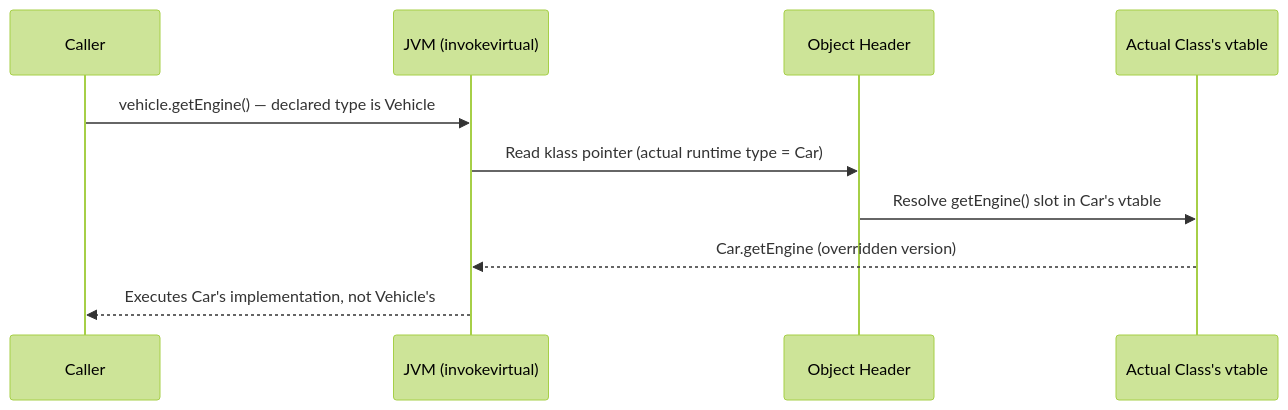
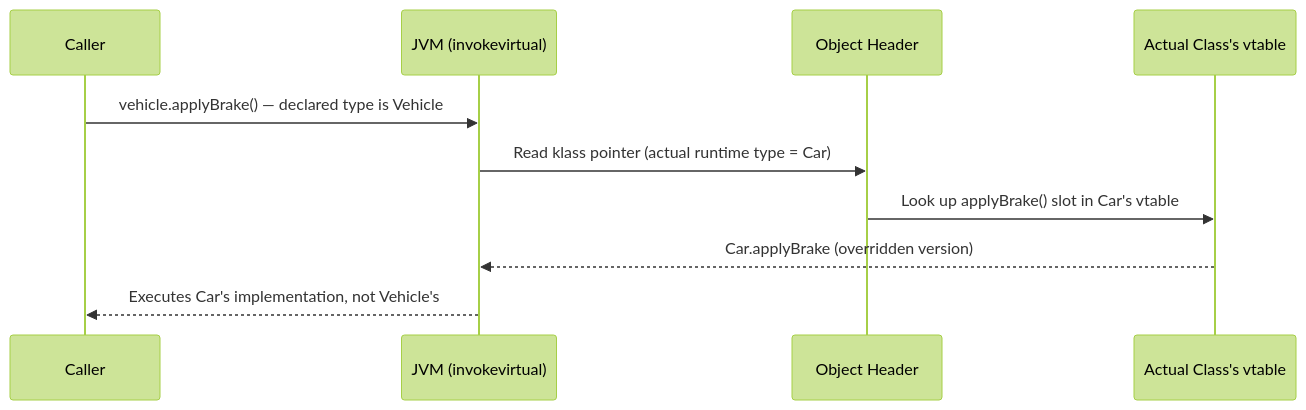
Before and after one commit to prabhu-raghunathan/java-learn: the second of 2 diagrams in docs/01-core-java/oops-concepts.md, drawn with Mermaid (forest theme). The commit also changed other lines of this file and 28 other files, not shown here.

````diff
--- a/docs/01-core-java/oops-concepts.md
+++ b/docs/01-core-java/oops-concepts.md
@@ -47,13 +55,13 @@
 ```mermaid
 sequenceDiagram
     participant Caller
     participant JVM as JVM (invokevirtual)
     participant Obj as Object Header
     participant VT as Actual Class's vtable
 
-    Caller->>JVM: vehicle.getEngine() — declared type is Vehicle
+    Caller->>JVM: vehicle.applyBrake() — declared type is Vehicle
     JVM->>Obj: Read klass pointer (actual runtime type = Car)
-    Obj->>VT: Resolve getEngine() slot in Car's vtable
-    VT-->>JVM: Car.getEngine (overridden version)
+    Obj->>VT: Look up applyBrake() slot in Car's vtable
+    VT-->>JVM: Car.applyBrake (overridden version)
     JVM-->>Caller: Executes Car's implementation, not Vehicle's
 ```
````
